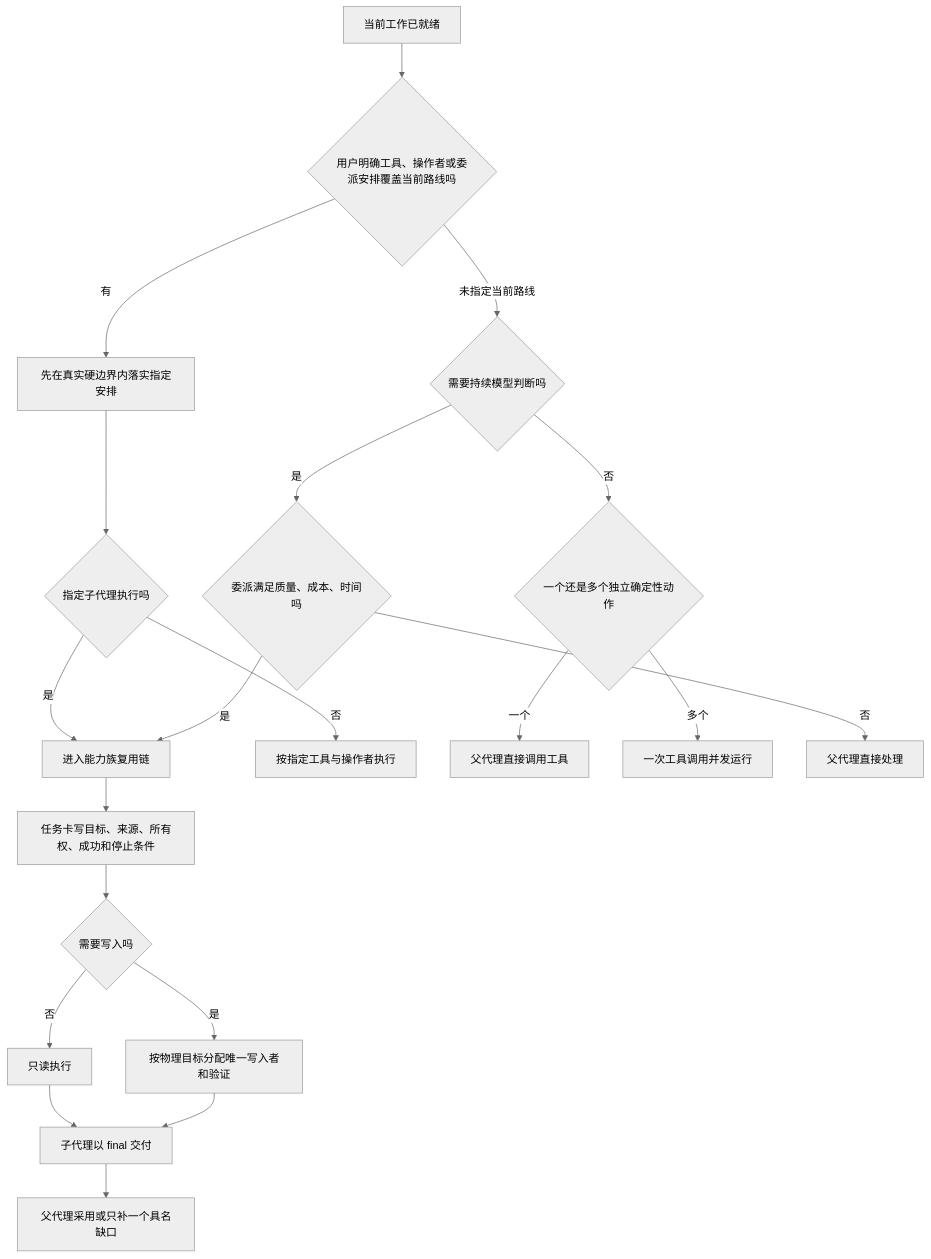
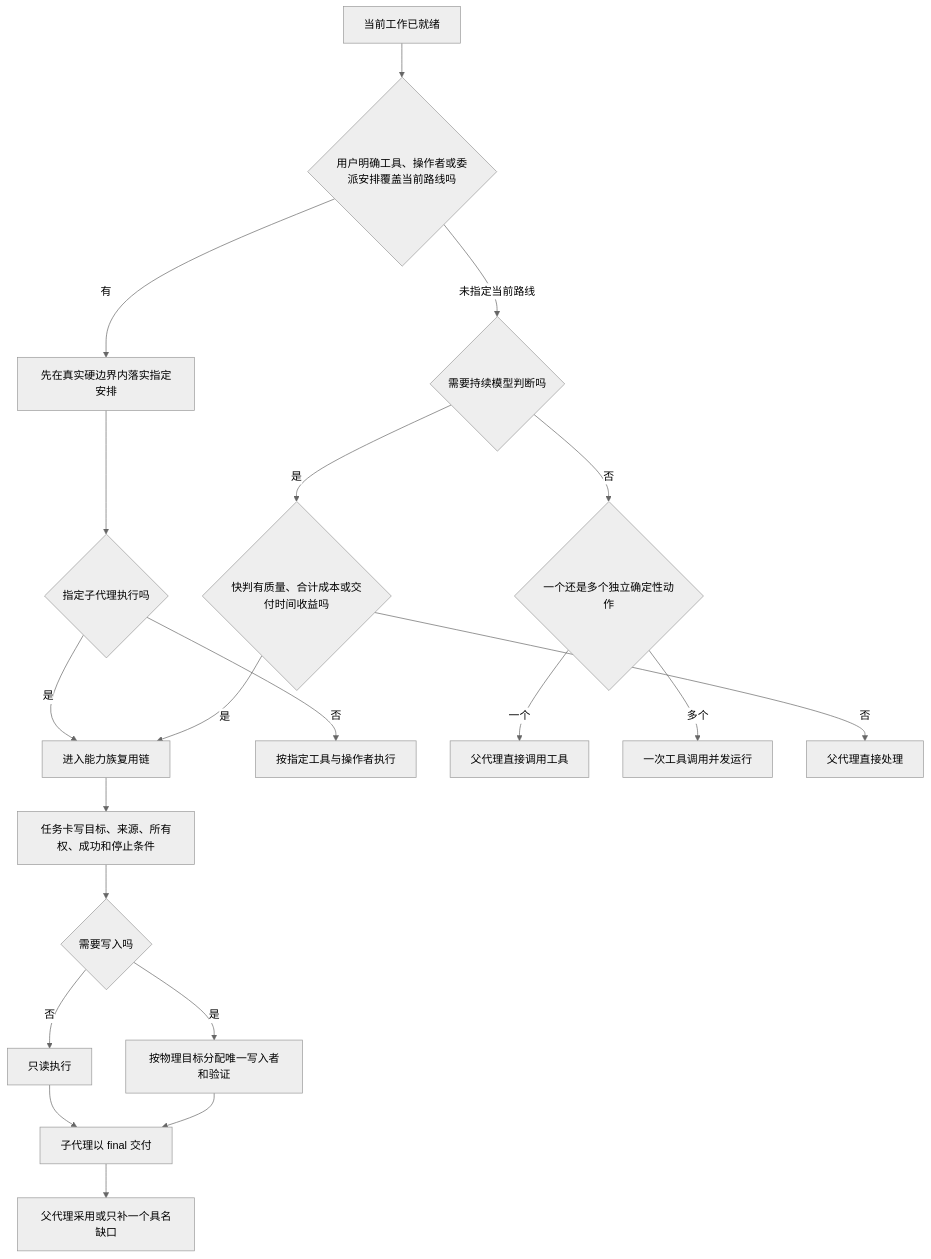
One commit to Lang45/codex-lean-stack changed the second of 17 diagrams in skills/lean-stack/references/flowcharts-zh.md. Above: the diagram before and after it, drawn with Mermaid (neutral theme). The commit also changed other lines of this file and 14 other files, not shown here.

````diff
--- a/skills/lean-stack/references/flowcharts-zh.md
+++ b/skills/lean-stack/references/flowcharts-zh.md
@@ -56,22 +56,22 @@
 ```mermaid
 flowchart TD
     A[当前工作已就绪] --> U{用户明确工具、操作者或委派安排覆盖当前路线吗}
     U -->|有| V[先在真实硬边界内落实指定安排]
     V --> W{指定子代理执行吗}
     W -->|是| H[进入能力族复用链]
     W -->|否| X[按指定工具与操作者执行]
     U -->|未指定当前路线| B{需要持续模型判断吗}
     B -->|否| C{一个还是多个独立确定性动作}
     C -->|一个| D[父代理直接调用工具]
     C -->|多个| E[一次工具调用并发运行]
-    B -->|是| F{委派满足质量、成本、时间吗}
+    B -->|是| F{快判有质量、合计成本或交付时间收益吗}
     F -->|否| G[父代理直接处理]
     F -->|是| H
     H --> I[任务卡写目标、来源、所有权、成功和停止条件]
     I --> J{需要写入吗}
     J -->|否| K[只读执行]
     J -->|是| L[按物理目标分配唯一写入者和验证]
     K --> M[子代理以 final 交付]
     L --> M
     M --> N[父代理采用或只补一个具名缺口]
 ```
````
